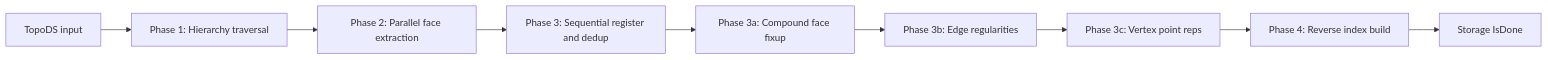
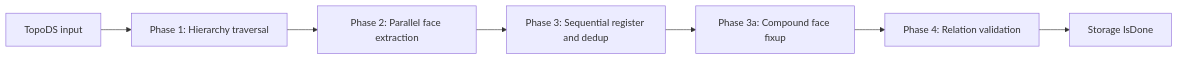
Before and after one commit to Open-Cascade-SAS/OCCT: the fourth of 5 diagrams in src/ModelingData/TKBRep/BRepGraphInc/README.md, drawn with Mermaid. The commit also changed other lines of this file and 183 other files, not shown here.

````diff
--- a/src/ModelingData/TKBRep/BRepGraphInc/README.md
+++ b/src/ModelingData/TKBRep/BRepGraphInc/README.md
@@ -173,11 +257,9 @@
 ```mermaid
 flowchart LR
   I[TopoDS input] --> P1[Phase 1: Hierarchy traversal]
   P1 --> P2[Phase 2: Parallel face extraction]
   P2 --> P3[Phase 3: Sequential register and dedup]
   P3 --> P3a[Phase 3a: Compound face fixup]
-  P3a --> P3b[Phase 3b: Edge regularities]
-  P3b --> P3c[Phase 3c: Vertex point reps]
-  P3c --> P4[Phase 4: Reverse index build]
+  P3a --> P4[Phase 4: Relation validation]
   P4 --> D[Storage IsDone]
 ```
````
